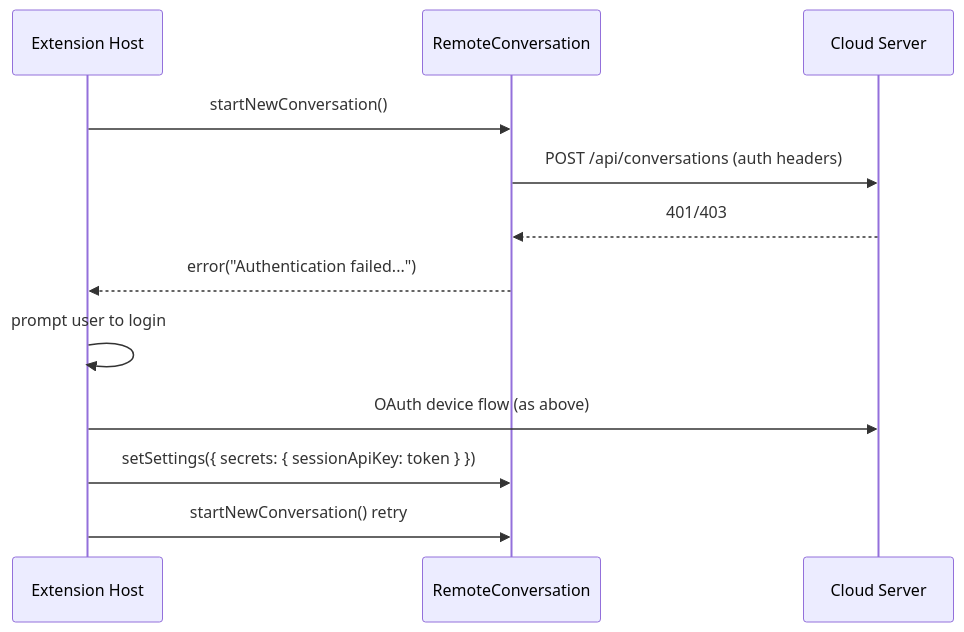
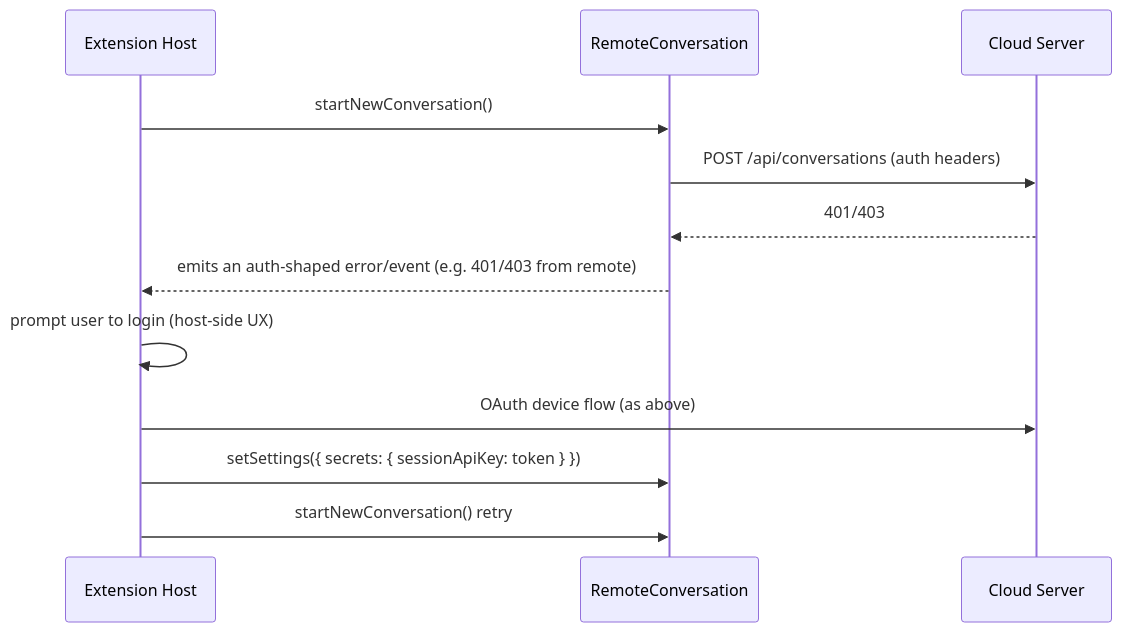
Before and after one commit to enyst/OpenHands-Tab: the second of 2 diagrams in docs/cloud_oauth_device_flow.md, drawn with Mermaid. The commit also changed other lines of this file, not shown here.

Commit message:
oh-tab-voc.1: expand device-flow design notes

````diff
--- a/docs/cloud_oauth_device_flow.md
+++ b/docs/cloud_oauth_device_flow.md
@@ -204,15 +214,15 @@
 ```mermaid
 sequenceDiagram
   participant Host as Extension Host
   participant SDK as RemoteConversation
   participant Cloud as Cloud Server
 
   Host->>SDK: startNewConversation()
   SDK->>Cloud: POST /api/conversations (auth headers)
   Cloud-->>SDK: 401/403
-  SDK-->>Host: error("Authentication failed...")
-  Host->>Host: prompt user to login
+  SDK-->>Host: emits an auth-shaped error/event (e.g. 401/403 from remote)
+  Host->>Host: prompt user to login (host-side UX)
   Host->>Cloud: OAuth device flow (as above)
   Host->>SDK: setSettings({ secrets: { sessionApiKey: token } })
   Host->>SDK: startNewConversation() retry
 ```
````
